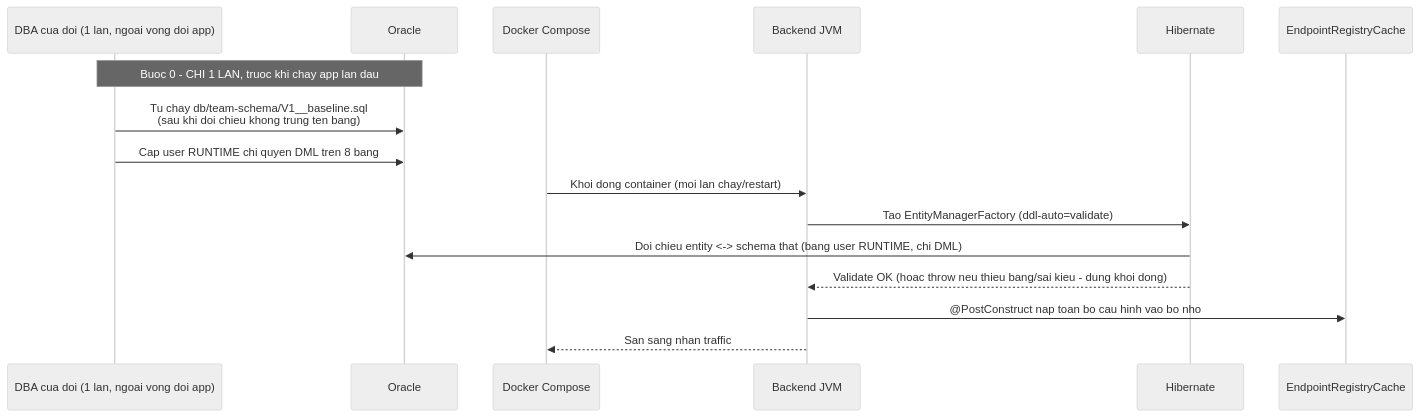
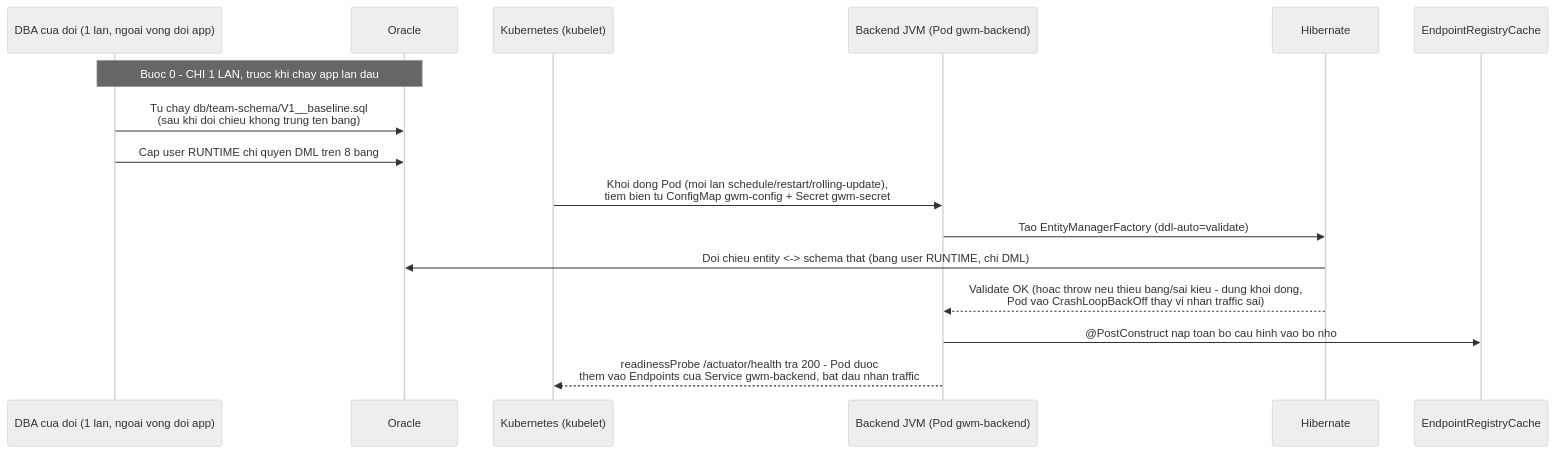
Before and after one commit to namlt24/product_4.0_02082026: the fifth of 6 diagrams in krakend-gateway-manager/docs/SAD-Gateway-Manager.md, drawn with Mermaid (neutral theme). The commit also changed other lines of this file and 14 other files, not shown here.

````diff
--- a/krakend-gateway-manager/docs/SAD-Gateway-Manager.md
+++ b/krakend-gateway-manager/docs/SAD-Gateway-Manager.md
@@ -237,20 +309,20 @@
 ```mermaid
 sequenceDiagram
     participant DBA as DBA cua doi (1 lan, ngoai vong doi app)
     participant O as Oracle
-    participant D as Docker Compose
-    participant B as Backend JVM
+    participant K as Kubernetes (kubelet)
+    participant B as Backend JVM (Pod gwm-backend)
     participant H as Hibernate
     participant R as EndpointRegistryCache
 
     Note over DBA,O: Buoc 0 - CHI 1 LAN, truoc khi chay app lan dau
     DBA->>O: Tu chay db/team-schema/V1__baseline.sql<br/>(sau khi doi chieu khong trung ten bang)
     DBA->>O: Cap user RUNTIME chi quyen DML tren 8 bang
 
-    D->>B: Khoi dong container (moi lan chay/restart)
+    K->>B: Khoi dong Pod (moi lan schedule/restart/rolling-update),<br/>tiem bien tu ConfigMap gwm-config + Secret gwm-secret
     B->>H: Tao EntityManagerFactory (ddl-auto=validate)
     H->>O: Doi chieu entity <-> schema that (bang user RUNTIME, chi DML)
-    H-->>B: Validate OK (hoac throw neu thieu bang/sai kieu - dung khoi dong)
+    H-->>B: Validate OK (hoac throw neu thieu bang/sai kieu - dung khoi dong,<br/>Pod vao CrashLoopBackOff thay vi nhan traffic sai)
     B->>R: @PostConstruct nap toan bo cau hinh vao bo nho
-    B-->>D: San sang nhan traffic
+    B-->>K: readinessProbe /actuator/health tra 200 - Pod duoc<br/>them vao Endpoints cua Service gwm-backend, bat dau nhan traffic
 ```
````
